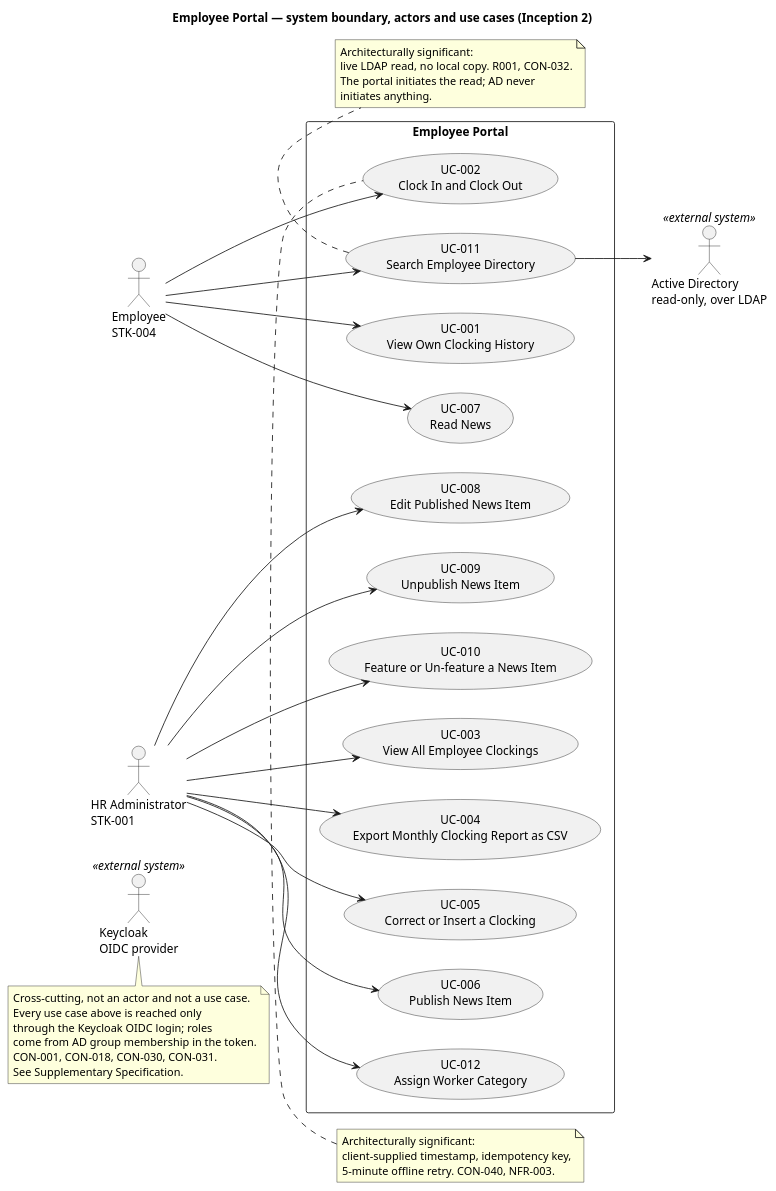
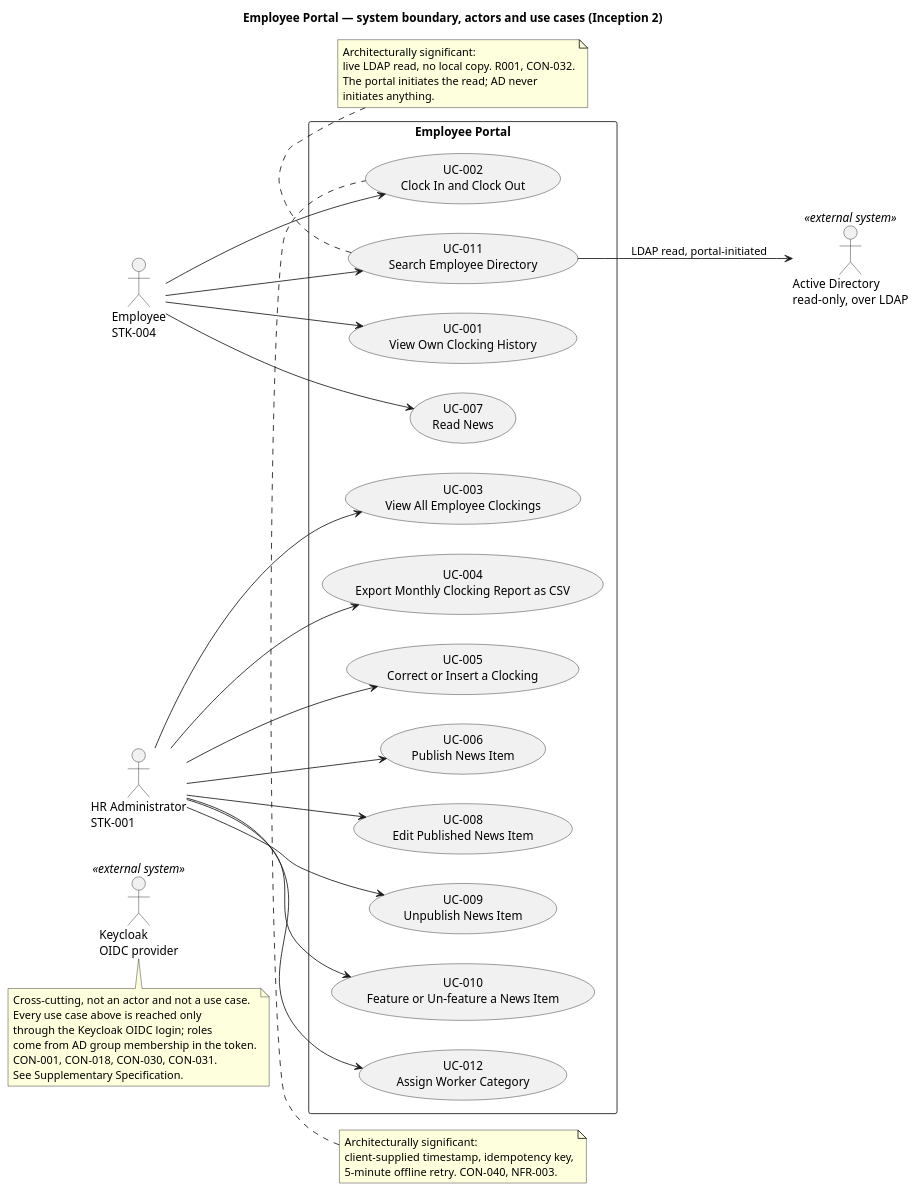
One commit to banense-test/portal changed the first of 6 diagrams in docs/artifacts/requirements/use-case-model.md. Above: the diagram before and after it, drawn with PlantUML.

Commit message:
System Analyst [I2]: upsert Use-Case Model
[skip ci]

````diff
--- a/docs/artifacts/requirements/use-case-model.md
+++ b/docs/artifacts/requirements/use-case-model.md
@@ -9,64 +9,64 @@
 ```plantuml
 @startuml
 title Employee Portal — system boundary, actors and use cases (Inception 2)
 
 left to right direction
 skinparam packageStyle rectangle
 
 actor "Employee\nSTK-004" as EMP
 actor "HR Administrator\nSTK-001" as HR
 actor "Active Directory\nread-only, over LDAP" as AD <<external system>>
 actor "Keycloak\nOIDC provider" as KC <<external system>>
 
 rectangle "Employee Portal" {
   usecase "UC-001\nView Own Clocking History" as UC001
   usecase "UC-002\nClock In and Clock Out" as UC002
   usecase "UC-003\nView All Employee Clockings" as UC003
   usecase "UC-004\nExport Monthly Clocking Report as CSV" as UC004
   usecase "UC-005\nCorrect or Insert a Clocking" as UC005
   usecase "UC-006\nPublish News Item" as UC006
   usecase "UC-007\nRead News" as UC007
   usecase "UC-008\nEdit Published News Item" as UC008
   usecase "UC-009\nUnpublish News Item" as UC009
   usecase "UC-010\nFeature or Un-feature a News Item" as UC010
   usecase "UC-011\nSearch Employee Directory" as UC011
   usecase "UC-012\nAssign Worker Category" as UC012
 }
 
 EMP --> UC001
 EMP --> UC002
 EMP --> UC007
 EMP --> UC011
 HR --> UC003
 HR --> UC004
 HR --> UC005
 HR --> UC006
 HR --> UC008
 HR --> UC009
 HR --> UC010
 HR --> UC012
-UC011 --> AD
+UC011 --> AD : LDAP read, portal-initiated
 
 note bottom of KC
   Cross-cutting, not an actor and not a use case.
   Every use case above is reached only
   through the Keycloak OIDC login; roles
   come from AD group membership in the token.
   CON-001, CON-018, CON-030, CON-031.
   See Supplementary Specification.
 end note
 
 note top of UC002
   Architecturally significant:
   client-supplied timestamp, idempotency key,
   5-minute offline retry. CON-040, NFR-003.
 end note
 
 note bottom of UC011
   Architecturally significant:
   live LDAP read, no local copy. R001, CON-032.
   The portal initiates the read; AD never
   initiates anything.
 end note
 @enduml
 ```
````
